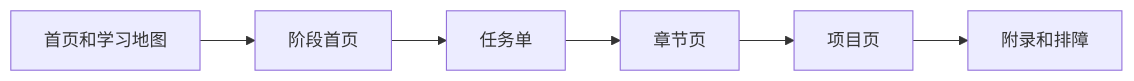
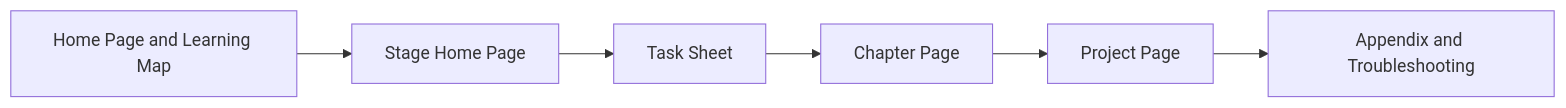
Before and after one commit to oudbiao/AI-fullstack-course: the diagram in docs/intro/course-page-guide.md, drawn with Mermaid. The commit also changed other lines of this file and 1406 other files, not shown here.

````diff
--- a/docs/intro/course-page-guide.md
+++ b/docs/intro/course-page-guide.md
@@ -14,8 +14,8 @@
 ```mermaid
 flowchart LR
-  A["首页和学习地图"] --> B["阶段首页"]
-  B --> C["任务单"]
-  C --> D["章节页"]
-  D --> E["项目页"]
-  E --> F["附录和排障"]
+  A["Home Page and Learning Map"] --> B["Stage Home Page"]
+  B --> C["Task Sheet"]
+  C --> D["Chapter Page"]
+  D --> E["Project Page"]
+  E --> F["Appendix and Troubleshooting"]
 ```
````
